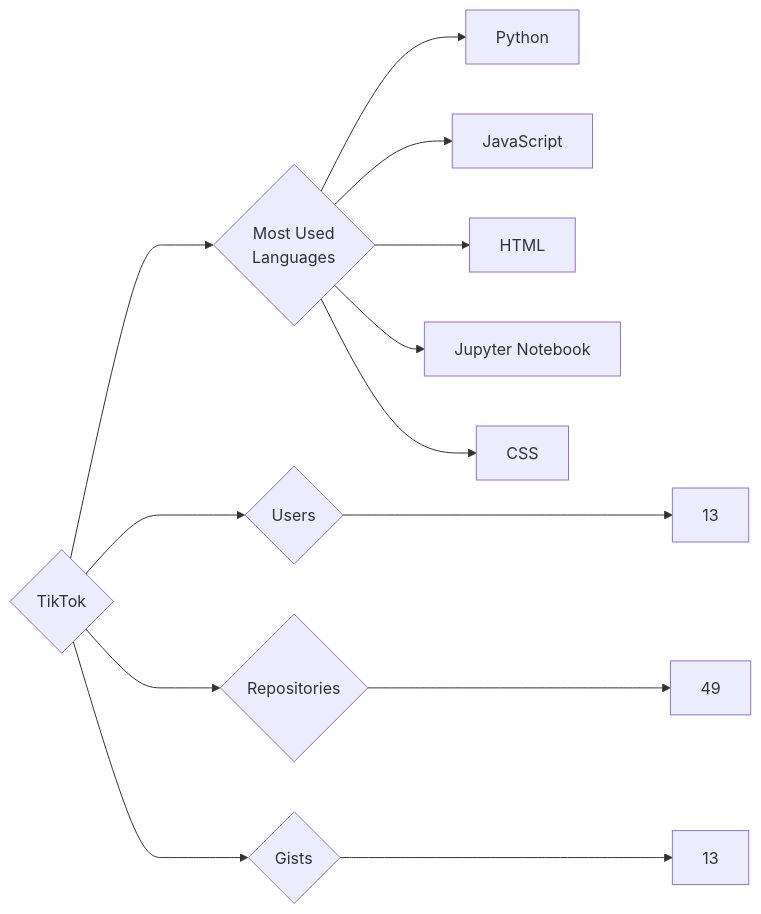
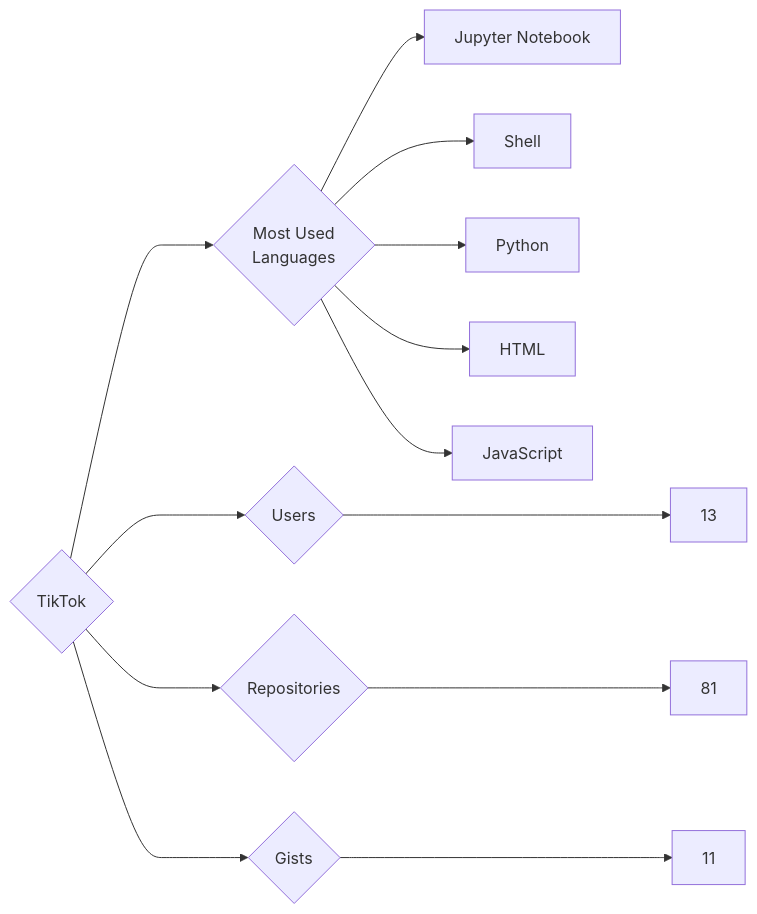
Before and after one commit to trickest/insiders: the diagram in targets/TikTok/README.md, drawn with Mermaid. The commit also changed 877 other files, not shown here.

````diff
--- a/targets/TikTok/README.md
+++ b/targets/TikTok/README.md
@@ -3,13 +3,13 @@
 ```mermaid
 graph LR
 COMPANY_NAME{TikTok}
 COMPANY_NAME ---> U{Users} ---> UN[13]
-COMPANY_NAME ---> R{Repositories} ---> RN[49]
-COMPANY_NAME ---> G{Gists} ---> GN[13]
+COMPANY_NAME ---> R{Repositories} ---> RN[81]
+COMPANY_NAME ---> G{Gists} ---> GN[11]
 COMPANY_NAME ---> ML{Most Used<br>Languages}
+ML --> Jupyter_Notebook[Jupyter Notebook]
+ML --> Shell[Shell]
 ML --> Python[Python]
+ML --> HTML[HTML]
 ML --> JavaScript[JavaScript]
-ML --> HTML[HTML]
-ML --> Jupyter_Notebook[Jupyter Notebook]
-ML --> CSS[CSS]
 ```
````
